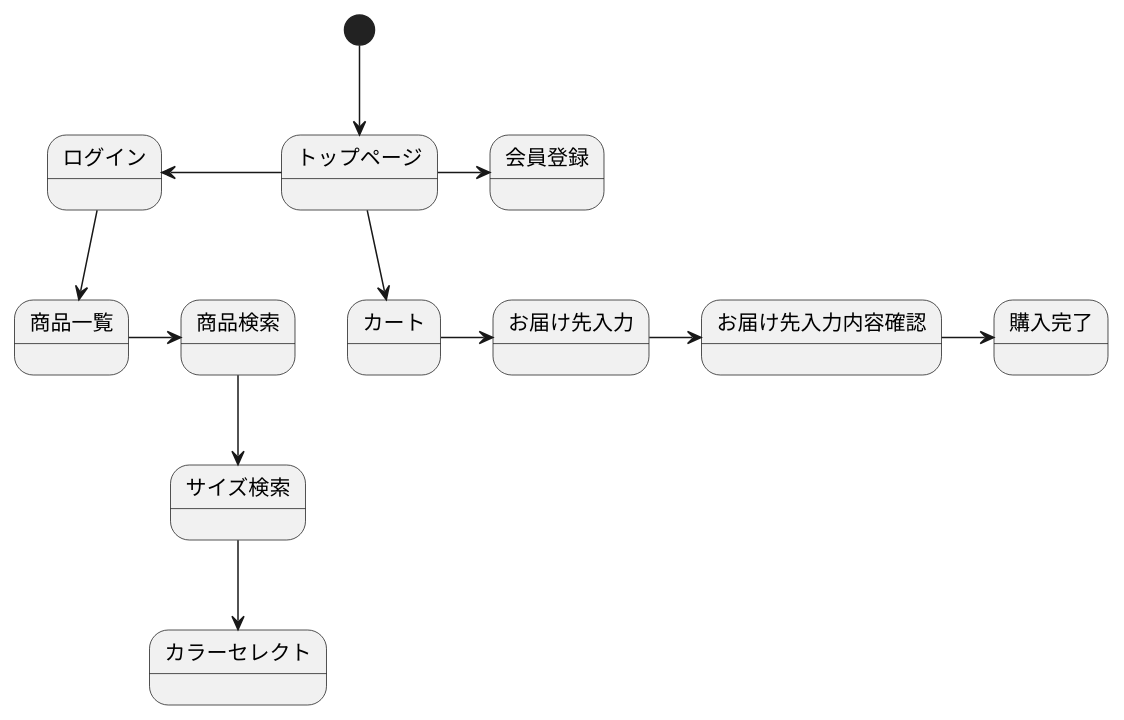
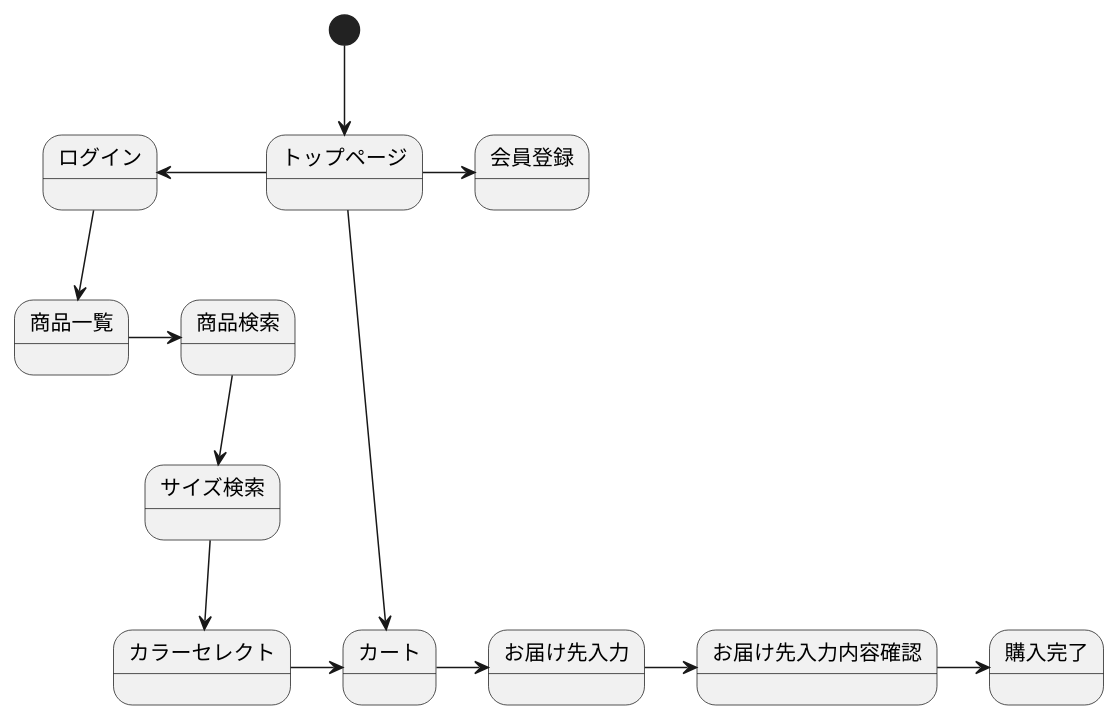
Before and after one commit to Aso2001379/2021sys-desing: the diagram in kadai12.md, drawn with PlantUML.

````diff
--- a/kadai12.md
+++ b/kadai12.md
@@ -1,15 +1,16 @@
 ```uml
 @startuml
 [*] --> トップページ
 トップページ -> 会員登録
 トップページ -left-> ログイン
 ログイン --> 商品一覧
 商品一覧 -> 商品検索
 商品検索 --> サイズ検索
 サイズ検索 --> カラーセレクト
+カラーセレクト -> カート
 トップページ --> カート
 カート -> お届け先入力
 お届け先入力 -> お届け先入力内容確認
 お届け先入力内容確認 -> 購入完了
 @enduml
 ```
````
